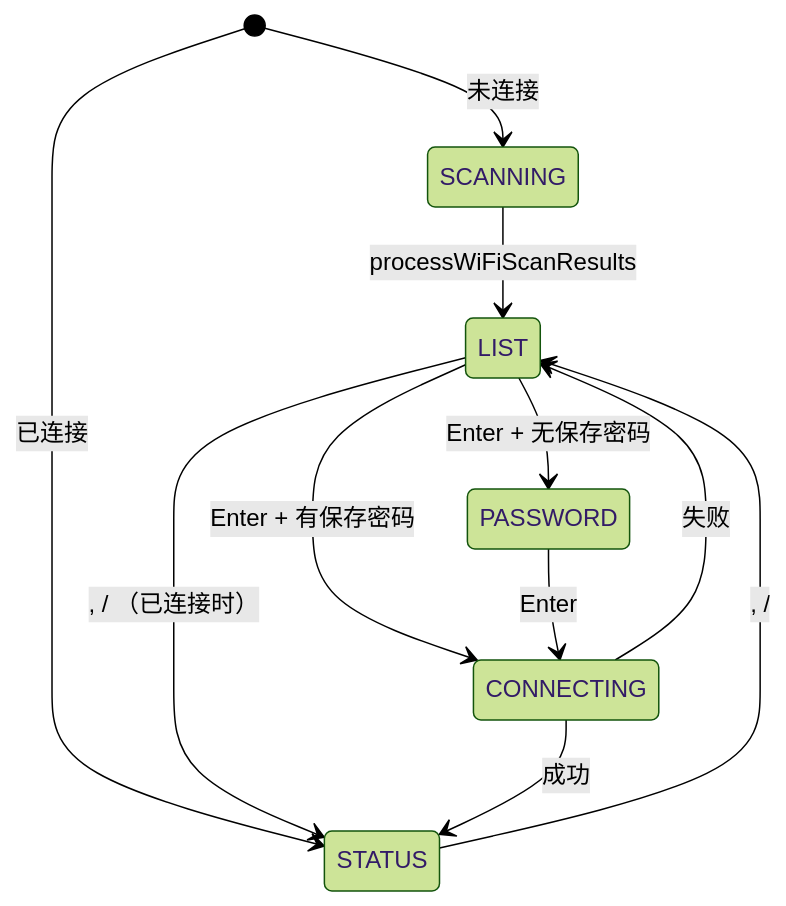
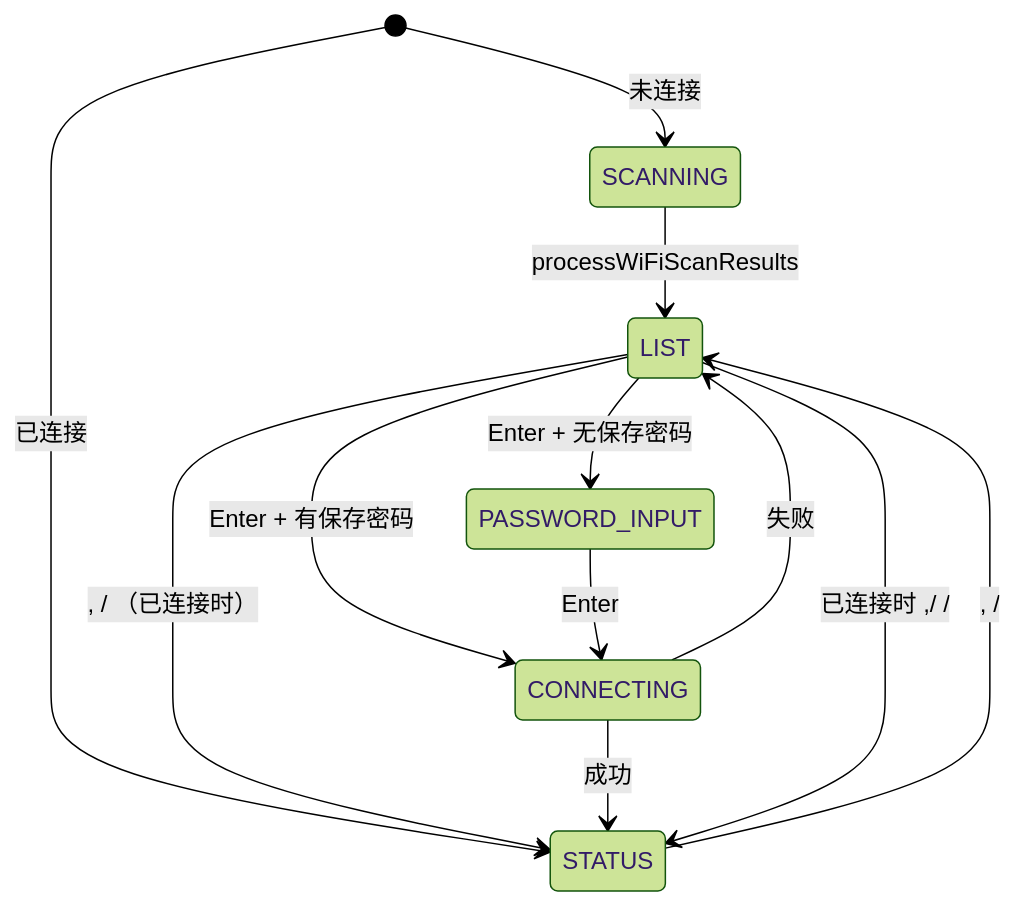
Before and after one commit to Mr-xiaotian/WordCardputer: the diagram in docs/zh-CN/ModeWiFiScan.md, drawn with Mermaid (forest theme). The commit also changed other lines of this file and 23 other files, not shown here.

````diff
--- a/docs/zh-CN/ModeWiFiScan.md
+++ b/docs/zh-CN/ModeWiFiScan.md
@@ -24,13 +24,14 @@
 ```mermaid
 stateDiagram-v2
     [*] --> SCANNING: 未连接
     SCANNING --> LIST: processWiFiScanResults
     [*] --> STATUS: 已连接
     STATUS --> LIST: , /
     LIST --> STATUS: , / （已连接时）
-    LIST --> PASSWORD: Enter + 无保存密码
+    LIST --> PASSWORD_INPUT: Enter + 无保存密码
     LIST --> CONNECTING: Enter + 有保存密码
-    PASSWORD --> CONNECTING: Enter
+    PASSWORD_INPUT --> CONNECTING: Enter
     CONNECTING --> STATUS: 成功
     CONNECTING --> LIST: 失败
+    LIST --> STATUS: 已连接时 ,/ /
 ```
````
